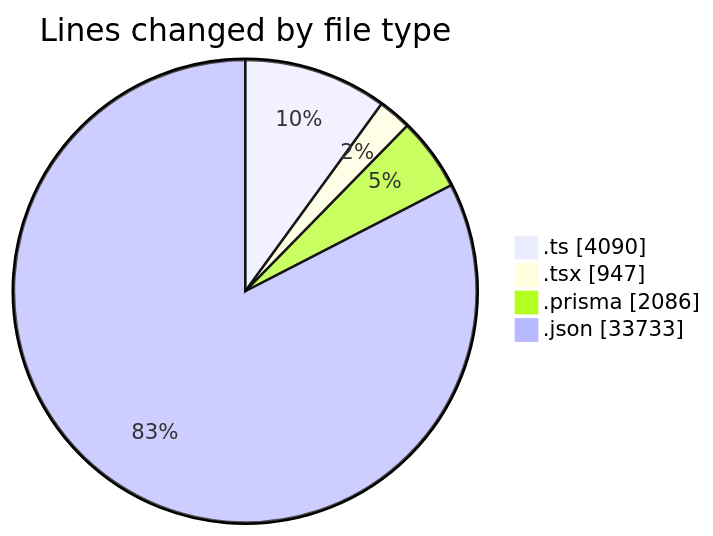
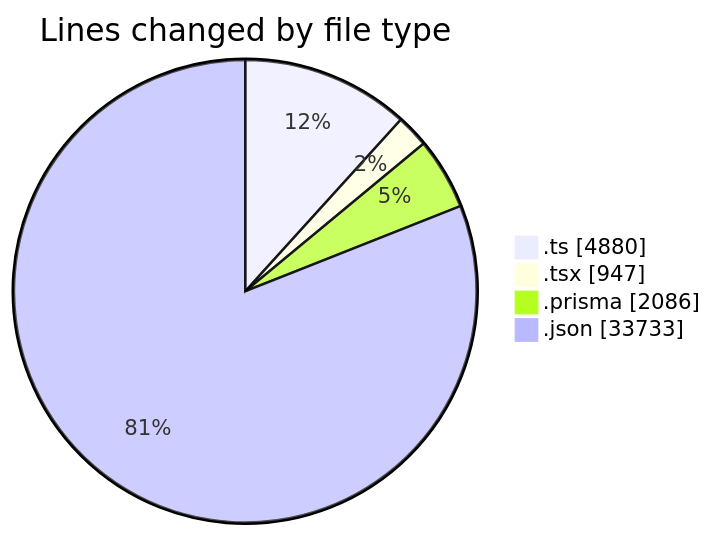
One commit to CELIANVF/code-tracking changed the first of 2 diagrams in 2025-05-19/ecodeli-1/README.md. Above: the diagram before and after it, drawn with Mermaid. The commit also changed other lines of this file and 1 other file, not shown here.

````diff
--- a/2025-05-19/ecodeli-1/README.md
+++ b/2025-05-19/ecodeli-1/README.md
@@ -38,8 +39,8 @@
 ```mermaid
 pie showData
 title Lines changed by file type
-".ts" : 4090
+".ts" : 4880
 ".tsx" : 947
 ".prisma" : 2086
 ".json" : 33733
 ```
````
